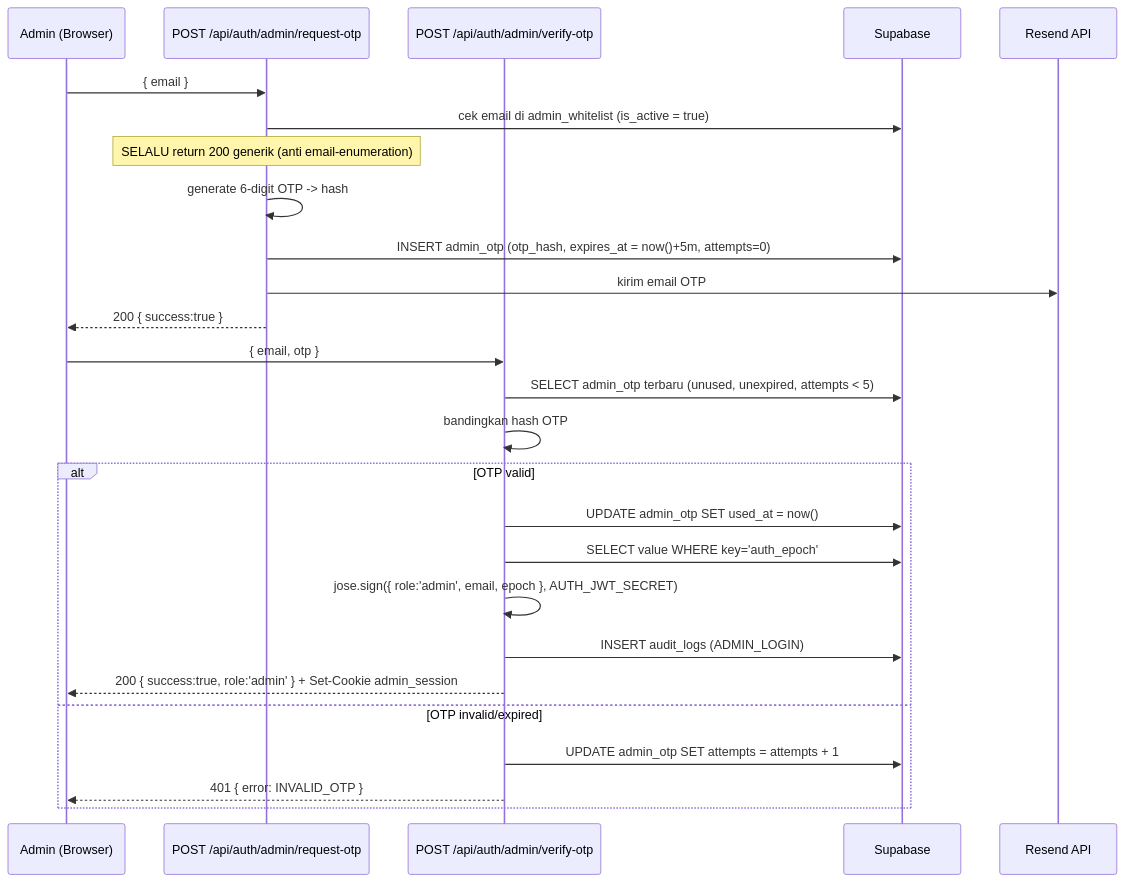
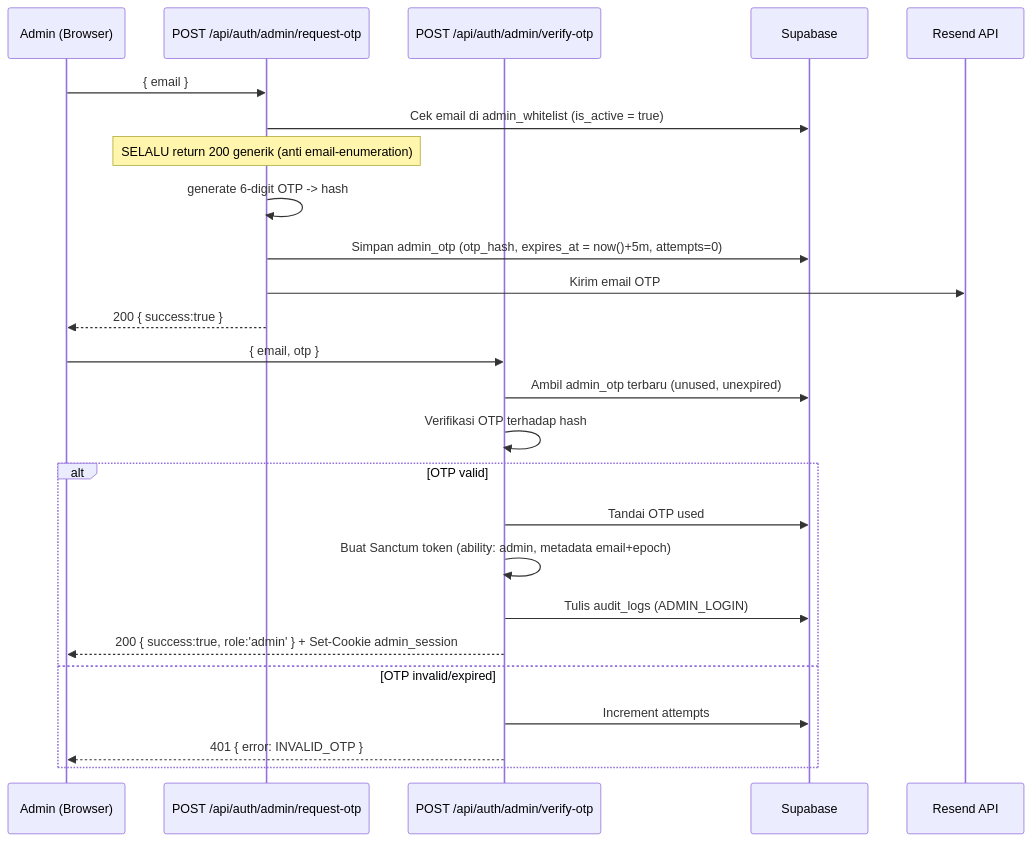
One commit to tekkom-26/buku-angkatan-tekkom-26 changed the third of 3 diagrams in docs/ARCHITECTURE.md. Above: the diagram before and after it, drawn with Mermaid. The commit also changed other lines of this file and 7 other files, not shown here.

````diff
--- a/docs/ARCHITECTURE.md
+++ b/docs/ARCHITECTURE.md
@@ -427,30 +498,29 @@
 ```mermaid
 sequenceDiagram
     participant A as Admin (Browser)
     participant R as POST /api/auth/admin/request-otp
     participant V as POST /api/auth/admin/verify-otp
     participant DB as Supabase
     participant E as Resend API
 
     A->>R: { email }
-    R->>DB: cek email di admin_whitelist (is_active = true)
+    R->>DB: Cek email di admin_whitelist (is_active = true)
     Note over R: SELALU return 200 generik (anti email-enumeration)
     R->>R: generate 6-digit OTP -> hash
-    R->>DB: INSERT admin_otp (otp_hash, expires_at = now()+5m, attempts=0)
-    R->>E: kirim email OTP
+    R->>DB: Simpan admin_otp (otp_hash, expires_at = now()+5m, attempts=0)
+    R->>E: Kirim email OTP
     R-->>A: 200 { success:true }
 
     A->>V: { email, otp }
-    V->>DB: SELECT admin_otp terbaru (unused, unexpired, attempts < 5)
-    V->>V: bandingkan hash OTP
+    V->>DB: Ambil admin_otp terbaru (unused, unexpired)
+    V->>V: Verifikasi OTP terhadap hash
     alt OTP valid
-        V->>DB: UPDATE admin_otp SET used_at = now()
-        V->>DB: SELECT value WHERE key='auth_epoch'
-        V->>V: jose.sign({ role:'admin', email, epoch }, AUTH_JWT_SECRET)
-        V->>DB: INSERT audit_logs (ADMIN_LOGIN)
+        V->>DB: Tandai OTP used
+        V->>V: Buat Sanctum token (ability: admin, metadata email+epoch)
+        V->>DB: Tulis audit_logs (ADMIN_LOGIN)
         V-->>A: 200 { success:true, role:'admin' } + Set-Cookie admin_session
     else OTP invalid/expired
-        V->>DB: UPDATE admin_otp SET attempts = attempts + 1
+        V->>DB: Increment attempts
         V-->>A: 401 { error: INVALID_OTP }
     end
 ```
````
